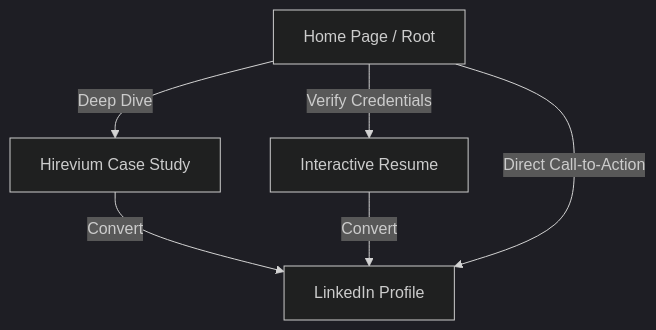
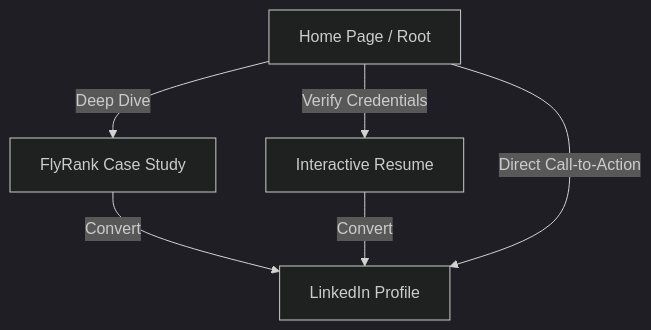
One commit to Adityasri05/frontend-ai-capstone changed the diagram in portfolio_sitemap.md. Above: the diagram before and after it, drawn with Mermaid (dark theme). The commit also changed other lines of this file and 7 other files, not shown here.

Commit message:
chore(branding): rename Hirevium references to FlyRank

````diff
--- a/portfolio_sitemap.md
+++ b/portfolio_sitemap.md
@@ -35,8 +35,8 @@
 ```mermaid
 graph TD
-    A[Home Page / Root] -->|Deep Dive| B[Hirevium Case Study]
+    A[Home Page / Root] -->|Deep Dive| B[FlyRank Case Study]
     A -->|Verify Credentials| C[Interactive Resume]
     B -->|Convert| D[LinkedIn Profile]
     C -->|Convert| D
     A -->|Direct Call-to-Action| D
 ```
````
